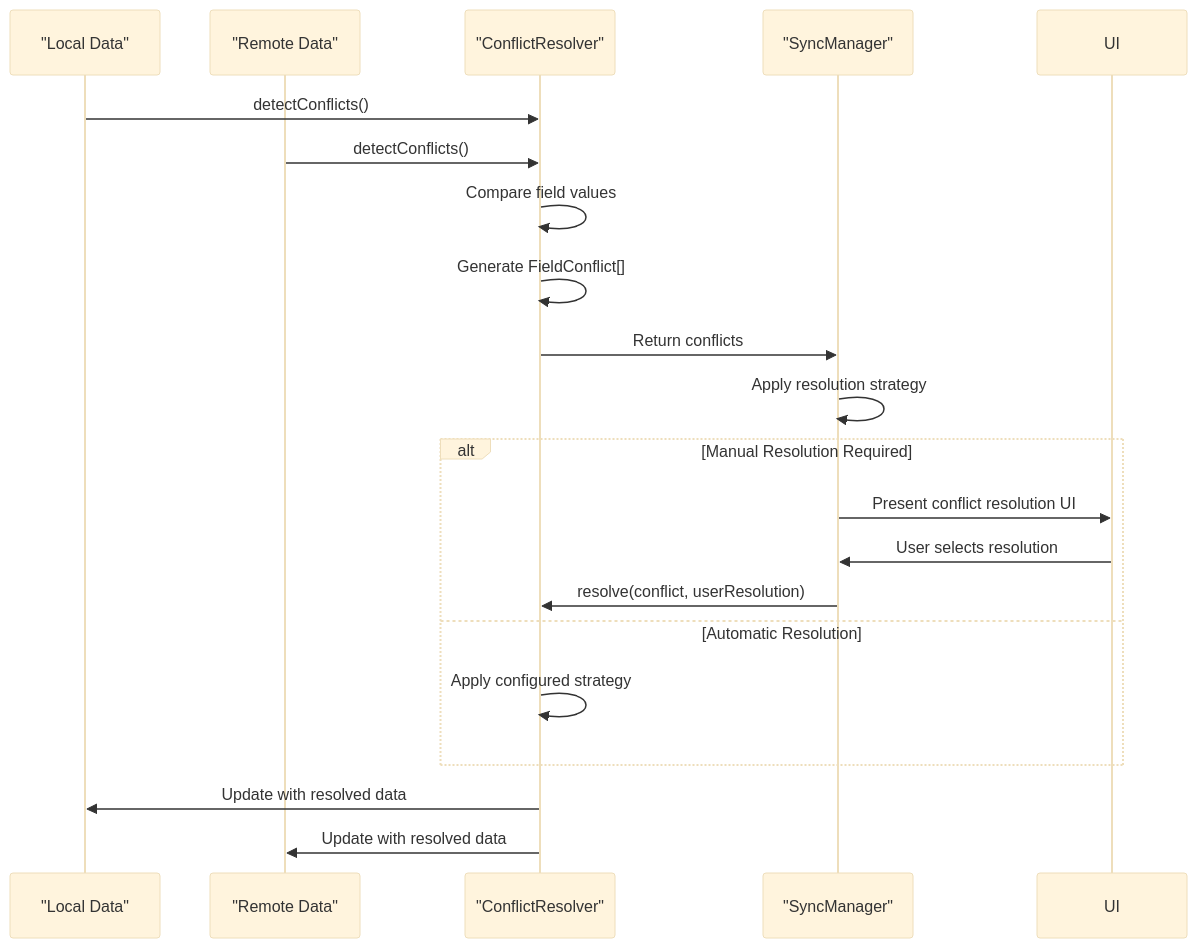
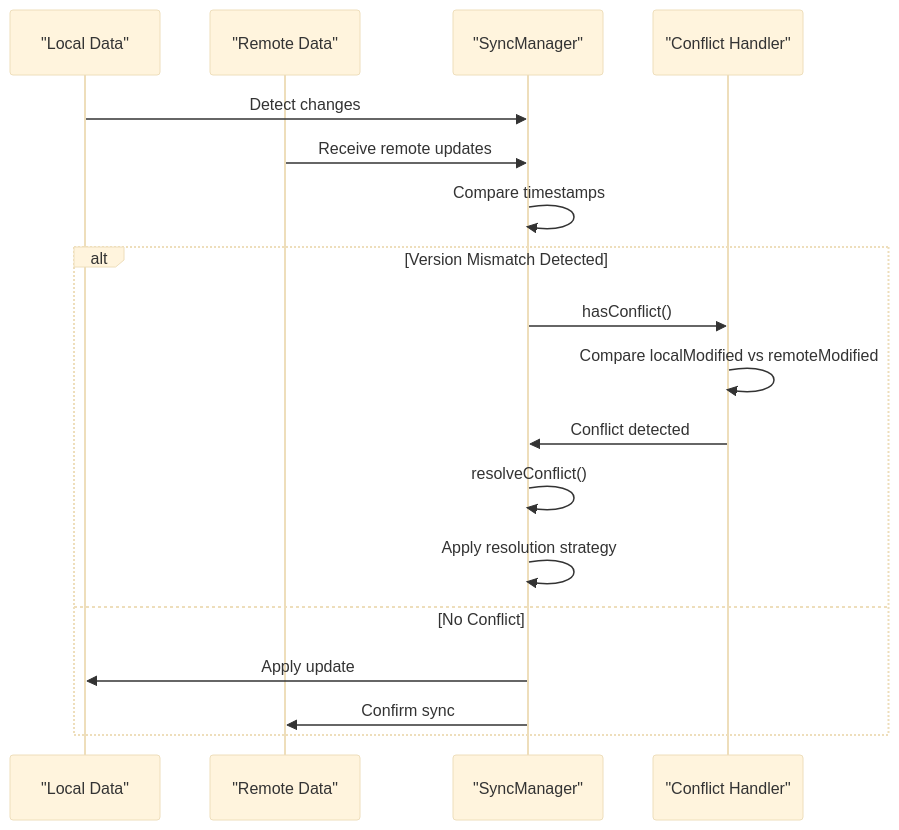
One commit to geniusdynamics/schoolpilot changed the tenth of 18 diagrams in .qoder/repowiki/en/content/Architecture Overview/Data Management Architecture/Data Synchronization Workflow/Data Synchronization Workflow.md. Above: the diagram before and after it, drawn with Mermaid (base theme). The commit also changed other lines of this file and 19 other files, not shown here.

````diff
--- a/.qoder/repowiki/en/content/Architecture Overview/Data Management Architecture/Data Synchronization Workflow/Data Synchronization Workflow.md
+++ b/.qoder/repowiki/en/content/Architecture Overview/Data Management Architecture/Data Synchronization Workflow/Data Synchronization Workflow.md
@@ -324,22 +508,20 @@
 ```mermaid
 sequenceDiagram
 participant Local as "Local Data"
 participant Remote as "Remote Data"
-participant ConflictResolver as "ConflictResolver"
 participant SyncManager as "SyncManager"
-Local->>ConflictResolver : detectConflicts()
-Remote->>ConflictResolver : detectConflicts()
-ConflictResolver->>ConflictResolver : Compare field values
-ConflictResolver->>ConflictResolver : Generate FieldConflict[]
-ConflictResolver->>SyncManager : Return conflicts
+participant ConflictHandler as "Conflict Handler"
+Local->>SyncManager : Detect changes
+Remote->>SyncManager : Receive remote updates
+SyncManager->>SyncManager : Compare timestamps
+alt Version Mismatch Detected
+SyncManager->>ConflictHandler : hasConflict()
+ConflictHandler->>ConflictHandler : Compare localModified vs remoteModified
+ConflictHandler->>SyncManager : Conflict detected
+SyncManager->>SyncManager : resolveConflict()
 SyncManager->>SyncManager : Apply resolution strategy
-alt Manual Resolution Required
-SyncManager->>UI : Present conflict resolution UI
-UI->>SyncManager : User selects resolution
-SyncManager->>ConflictResolver : resolve(conflict, userResolution)
-else Automatic Resolution
-ConflictResolver->>ConflictResolver : Apply configured strategy
+else No Conflict
+SyncManager->>Local : Apply update
+SyncManager->>Remote : Confirm sync
 end
-ConflictResolver->>Local : Update with resolved data
-ConflictResolver->>Remote : Update with resolved data
 ```
````
